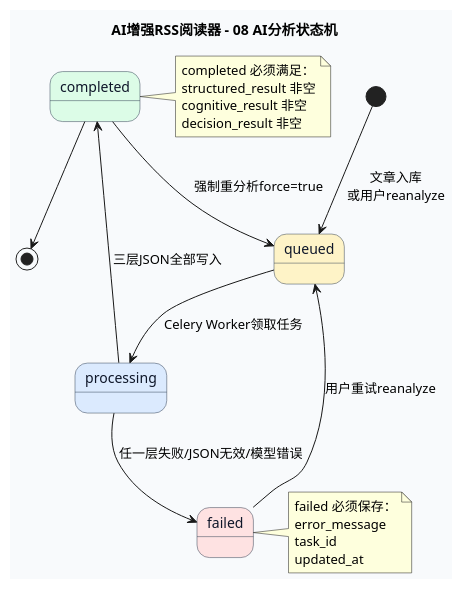
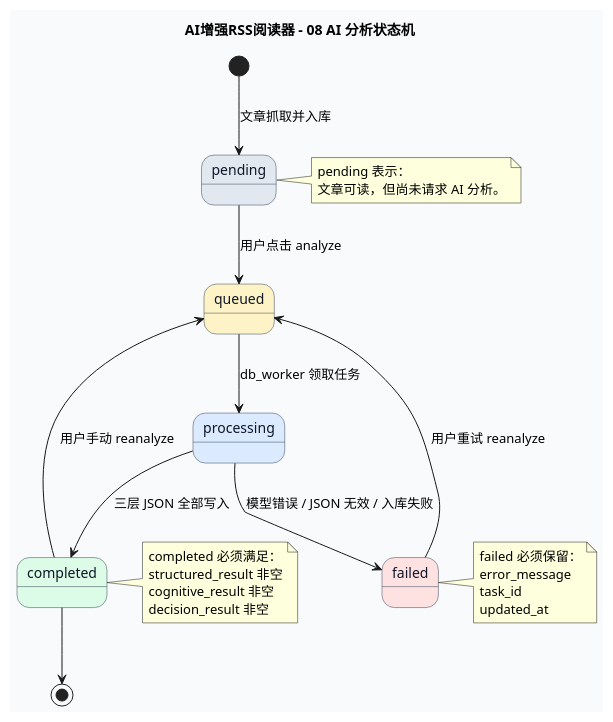
One commit to ltm84532430-max/RSS changed the eighth of 8 diagrams in RSS项目/系统.puml. Above: the diagram before and after it, drawn with PlantUML. The commit also changed other lines of this file and 2 other files, not shown here.

Commit message:
Update UML for manual analysis flow and fix frontend nested button bug

```diff
--- a/RSS项目/系统.puml
+++ b/RSS项目/系统.puml
@@ -502,42 +507,49 @@
 @startuml AI_RSS_08_Analysis_Status_State
-title AI增强RSS阅读器 - 08 AI分析状态机
+title AI增强RSS阅读器 - 08 AI 分析状态机
 
 skinparam backgroundColor #F8FAFC
 skinparam shadowing false
 skinparam defaultFontName Microsoft YaHei
 skinparam state {
   BackgroundColor #FFFFFF
   BorderColor #334155
   FontColor #0F172A
   StartColor #16A34A
   EndColor #DC2626
 }
 
+state pending #E2E8F0
 state queued #FEF3C7
 state processing #DBEAFE
 state completed #DCFCE7
 state failed #FEE2E2
 
-[*] --> queued : 文章入库\n或用户reanalyze
-queued --> processing : Celery Worker领取任务
-processing --> completed : 三层JSON全部写入
-processing --> failed : 任一层失败/JSON无效/模型错误
-failed --> queued : 用户重试reanalyze
-completed --> queued : 强制重分析force=true
+[*] --> pending : 文章抓取并入库
+pending --> queued : 用户点击 analyze
+queued --> processing : db_worker 领取任务
+processing --> completed : 三层 JSON 全部写入
+processing --> failed : 模型错误 / JSON 无效 / 入库失败
+failed --> queued : 用户重试 reanalyze
+completed --> queued : 用户手动 reanalyze
 completed --> [*]
+
+note right of pending
+pending 表示：
+文章可读，但尚未请求 AI 分析。
+end note
 
 note right of completed
 completed 必须满足：
 structured_result 非空
 cognitive_result 非空
 decision_result 非空
 end note
 
 note right of failed
-failed 必须保存：
+failed 必须保留：
 error_message
 task_id
 updated_at
 end note
 
 @enduml
```
